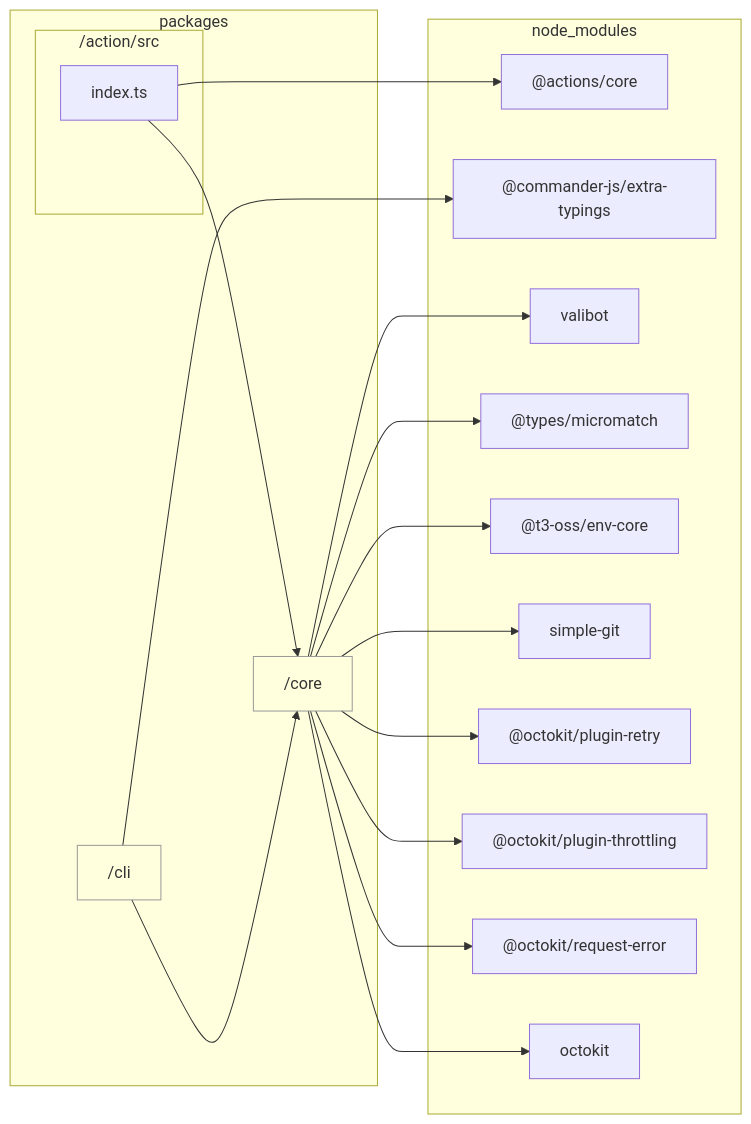
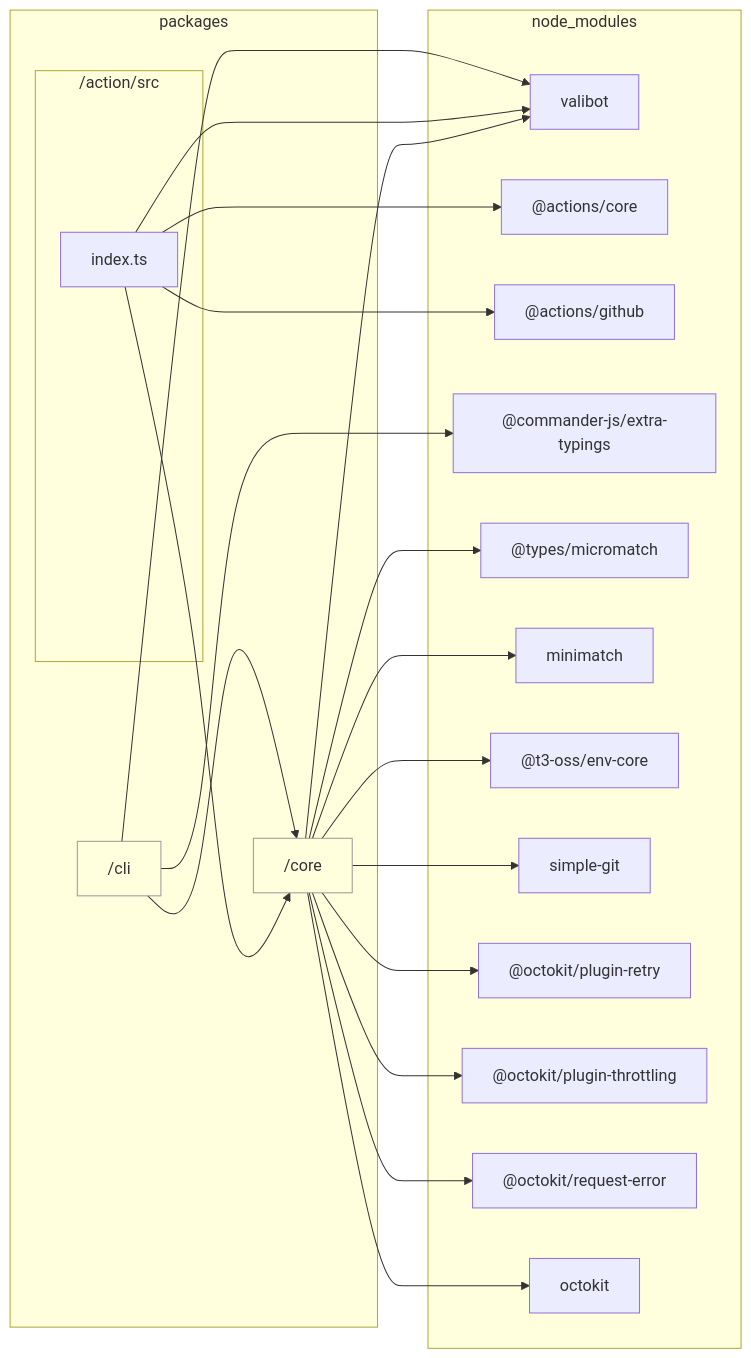
Before and after one commit to sugurutakahashi-1234/issue-linker: the diagram in docs/reports/dependencies/action.md, drawn with Mermaid. The commit also changed 59 other files, not shown here.

````diff
--- a/docs/reports/dependencies/action.md
+++ b/docs/reports/dependencies/action.md
@@ -7,35 +7,41 @@
 ```mermaid
 flowchart LR
     classDef dir fill:#0000,stroke:#999
     subgraph packages["packages"]
         packages/core["/core"]:::dir
         packages/cli["/cli"]:::dir
         subgraph packages/action/src["/action/src"]
             packages/action/src/index.ts["index.ts"]
         end
     end
     subgraph node//modules["node_modules"]
+        node//modules/valibot/dist/index.d.cts["valibot"]
         node//modules///actions/core/lib/core.d.ts["@actions/core"]
+        node//modules///actions/github/lib/github.d.ts["@actions/github"]
         node//modules///commander//js/extra//typings/index.d.ts["@commander-js/extra-typings"]
-        node//modules/valibot/dist/index.d.cts["valibot"]
         node//modules///types/micromatch/index.d.ts["@types/micromatch"]
+        node//modules/minimatch/dist/commonjs/index.d.ts["minimatch"]
         node//modules///t3//oss/env//core/dist/index.d.ts["@t3-oss/env-core"]
         node//modules/simple//git/dist/typings/index.d.ts["simple-git"]
         node//modules///octokit/plugin//retry/dist//types/index.d.ts["@octokit/plugin-retry"]
         node//modules///octokit/plugin//throttling/dist//types/index.d.ts["@octokit/plugin-throttling"]
         node//modules///octokit/request//error/dist//types/index.d.ts["@octokit/request-error"]
         node//modules/octokit/dist//types/index.d.ts["octokit"]
     end
+    packages/core-->node//modules/valibot/dist/index.d.cts
     packages/action/src/index.ts-->node//modules///actions/core/lib/core.d.ts
+    packages/action/src/index.ts-->node//modules///actions/github/lib/github.d.ts
     packages/action/src/index.ts-->packages/core
+    packages/action/src/index.ts-->node//modules/valibot/dist/index.d.cts
     packages/cli-->node//modules///commander//js/extra//typings/index.d.ts
     packages/cli-->packages/core
-    packages/core-->node//modules/valibot/dist/index.d.cts
+    packages/cli-->node//modules/valibot/dist/index.d.cts
     packages/core-->node//modules///types/micromatch/index.d.ts
+    packages/core-->node//modules/minimatch/dist/commonjs/index.d.ts
     packages/core-->node//modules///t3//oss/env//core/dist/index.d.ts
     packages/core-->node//modules/simple//git/dist/typings/index.d.ts
     packages/core-->node//modules///octokit/plugin//retry/dist//types/index.d.ts
     packages/core-->node//modules///octokit/plugin//throttling/dist//types/index.d.ts
     packages/core-->node//modules///octokit/request//error/dist//types/index.d.ts
     packages/core-->node//modules/octokit/dist//types/index.d.ts
 ```
````
